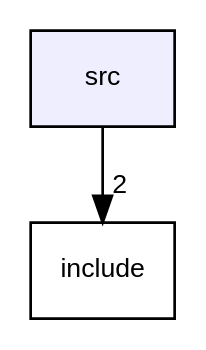
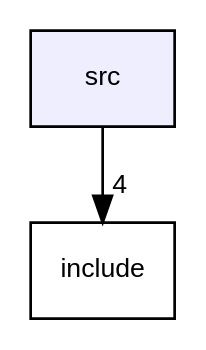
The diagram in docs/dir_68267d1309a1af8e8297ef4c3efbcdba_dep.dot (CTXz/TinyWS2812), drawn with Graphviz before and after one commit. The commit also changed 169 other files, not shown here.

```diff
--- a/docs/dir_68267d1309a1af8e8297ef4c3efbcdba_dep.dot
+++ b/docs/dir_68267d1309a1af8e8297ef4c3efbcdba_dep.dot
@@ -1,8 +1,8 @@
 digraph "src" {
   compound=true
   node [ fontsize="10", fontname="Helvetica"];
   edge [ labelfontsize="10", labelfontname="Helvetica"];
   dir_68267d1309a1af8e8297ef4c3efbcdba [shape=box, label="src", style="filled", fillcolor="#eeeeff", pencolor="black", URL="dir_68267d1309a1af8e8297ef4c3efbcdba.html"];
   dir_d44c64559bbebec7f509842c48db8b23 [shape=box label="include" URL="dir_d44c64559bbebec7f509842c48db8b23.html"];
-  dir_68267d1309a1af8e8297ef4c3efbcdba->dir_d44c64559bbebec7f509842c48db8b23 [headlabel="2", labeldistance=1.5 headhref="dir_000005_000004.html"];
+  dir_68267d1309a1af8e8297ef4c3efbcdba->dir_d44c64559bbebec7f509842c48db8b23 [headlabel="4", labeldistance=1.5 headhref="dir_000005_000004.html"];
 }
```
